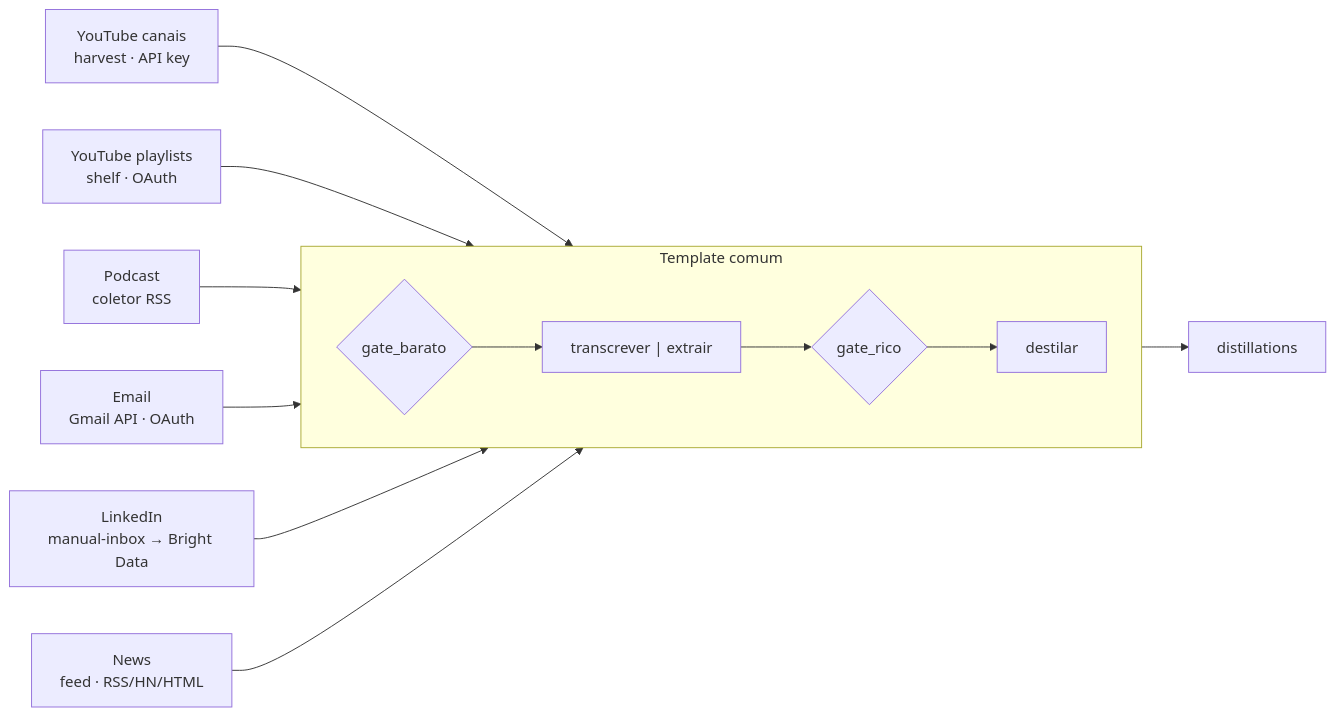
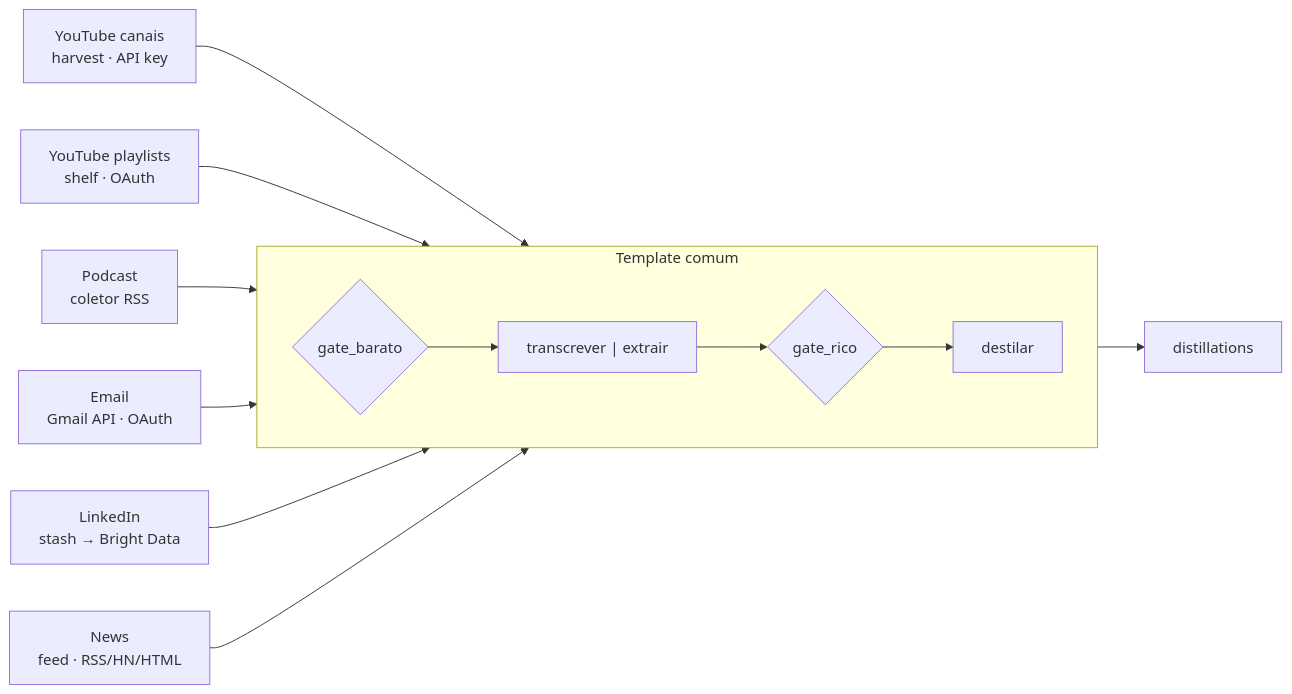
One commit to renatobardi/rara changed the seventh of 8 diagrams in FLOWS.mermaid.md. Above: the diagram before and after it, drawn with Mermaid. The commit also changed other lines of this file and 22 other files, not shown here.

````diff
--- a/FLOWS.mermaid.md
+++ b/FLOWS.mermaid.md
@@ -142,14 +142,14 @@
 ```mermaid
 flowchart LR
   Y1["YouTube canais<br/>harvest · API key"] --> G1
   Y2["YouTube playlists<br/>shelf · OAuth"] --> G1
   PC["Podcast<br/>coletor RSS"] --> G1
   EM["Email<br/>Gmail API · OAuth"] --> G1
-  LI["LinkedIn<br/>manual-inbox → Bright Data"] --> G1
+  LI["LinkedIn<br/>stash → Bright Data"] --> G1
   NW["News<br/>feed · RSS/HN/HTML"] --> G1
   subgraph TPL["Template comum"]
     direction LR
     G1{"gate_barato"} --> TX["transcrever | extrair"] --> G2{"gate_rico"} --> DS["destilar"]
   end
   DS --> OUT["distillations"]
 ```
````
